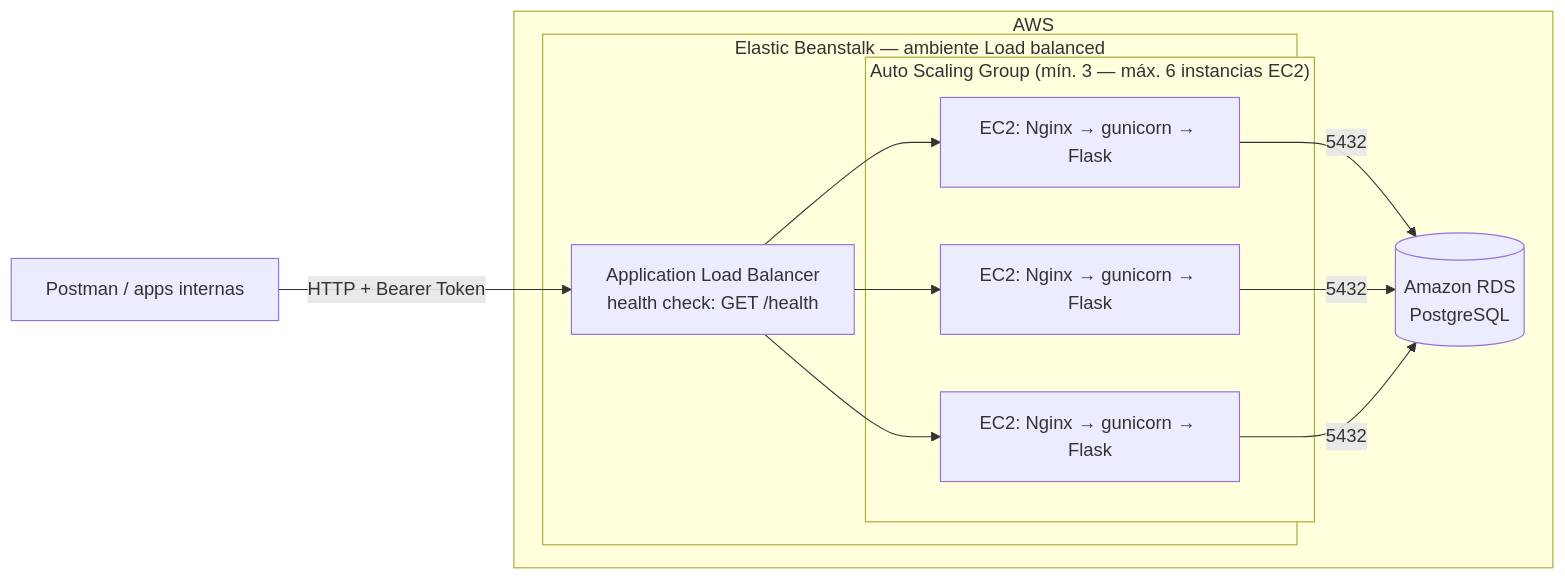
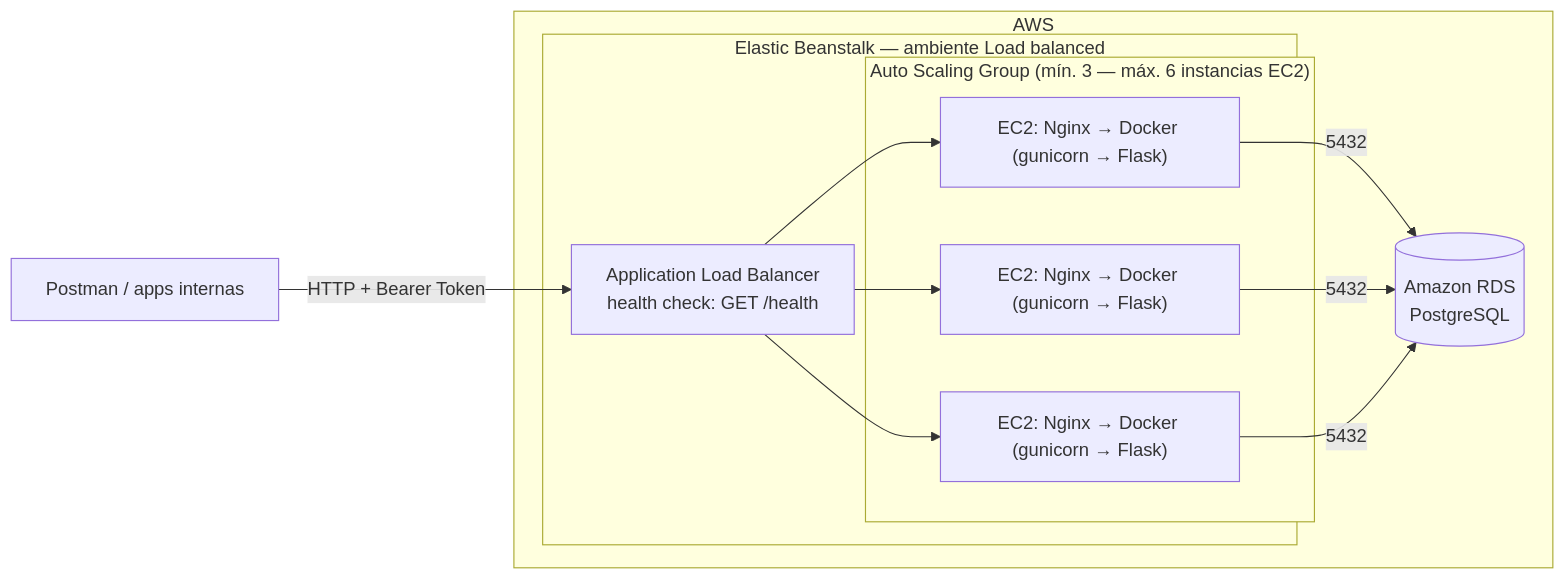
The first of 3 diagrams in docs/arquitectura.md (devopsmiso/blacklist-service), drawn with Mermaid before and after one commit. The commit also changed other lines of this file and 3 other files, not shown here.

````diff
--- a/docs/arquitectura.md
+++ b/docs/arquitectura.md
@@ -13,24 +13,24 @@
 ```mermaid
 flowchart LR
     client["Postman / apps internas"]
 
     subgraph aws["AWS"]
         subgraph eb["Elastic Beanstalk — ambiente Load balanced"]
             alb["Application Load Balancer<br/>health check: GET /health"]
             subgraph asg["Auto Scaling Group (mín. 3 — máx. 6 instancias EC2)"]
-                ec2a["EC2: Nginx → gunicorn → Flask"]
-                ec2b["EC2: Nginx → gunicorn → Flask"]
-                ec2c["EC2: Nginx → gunicorn → Flask"]
+                ec2a["EC2: Nginx → Docker (gunicorn → Flask)"]
+                ec2b["EC2: Nginx → Docker (gunicorn → Flask)"]
+                ec2c["EC2: Nginx → Docker (gunicorn → Flask)"]
             end
         end
         rds[("Amazon RDS<br/>PostgreSQL")]
     end
 
     client -- "HTTP + Bearer Token" --> alb
     alb --> ec2a
     alb --> ec2b
     alb --> ec2c
     ec2a -- "5432" --> rds
     ec2b -- "5432" --> rds
     ec2c -- "5432" --> rds
 ```
````
